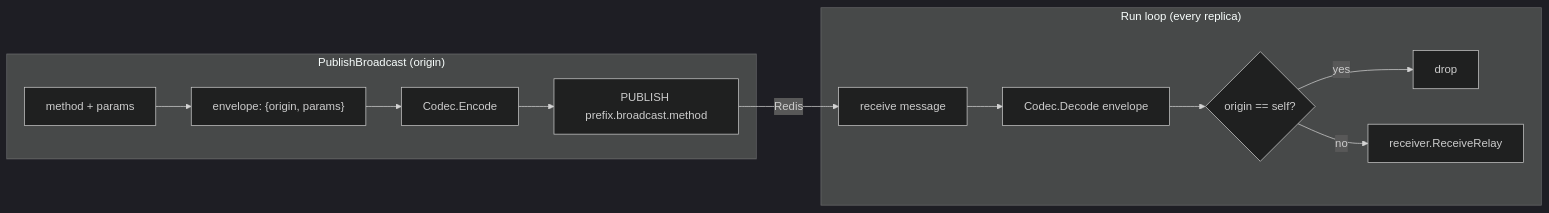
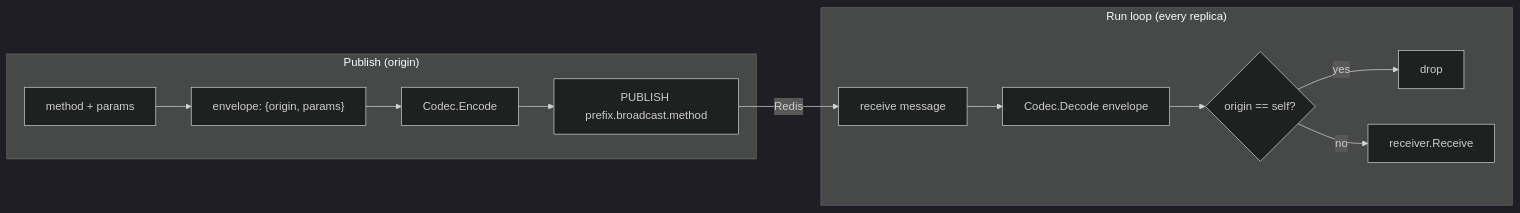
One commit to panyam/mcpkit changed diagram 11 of 22 in docs/MULTI_REPLICA.md. Above: the diagram before and after it, drawn with Mermaid (dark theme). The commit also changed other lines of this file and 15 other files, not shown here.

First line of the commit message:
relay: rename BroadcastRelay → NotificationRelay + family (issue 770 PR A)

````diff
--- a/docs/MULTI_REPLICA.md
+++ b/docs/MULTI_REPLICA.md
@@ -294,21 +294,21 @@
 ```mermaid
 flowchart LR
-    subgraph "PublishBroadcast (origin)"
+    subgraph "Publish (origin)"
         P1[method + params]
         P2["envelope: {origin, params}"]
         P3[Codec.Encode]
         P4["PUBLISH prefix.broadcast.method"]
         P1 --> P2 --> P3 --> P4
     end
     P4 -->|Redis| S1
     subgraph "Run loop (every replica)"
         S1[receive message]
         S2[Codec.Decode envelope]
         S3{origin == self?}
         S4[drop]
-        S5[receiver.ReceiveRelay]
+        S5[receiver.Receive]
         S1 --> S2 --> S3
         S3 -->|yes| S4
         S3 -->|no| S5
     end
 ```
````
